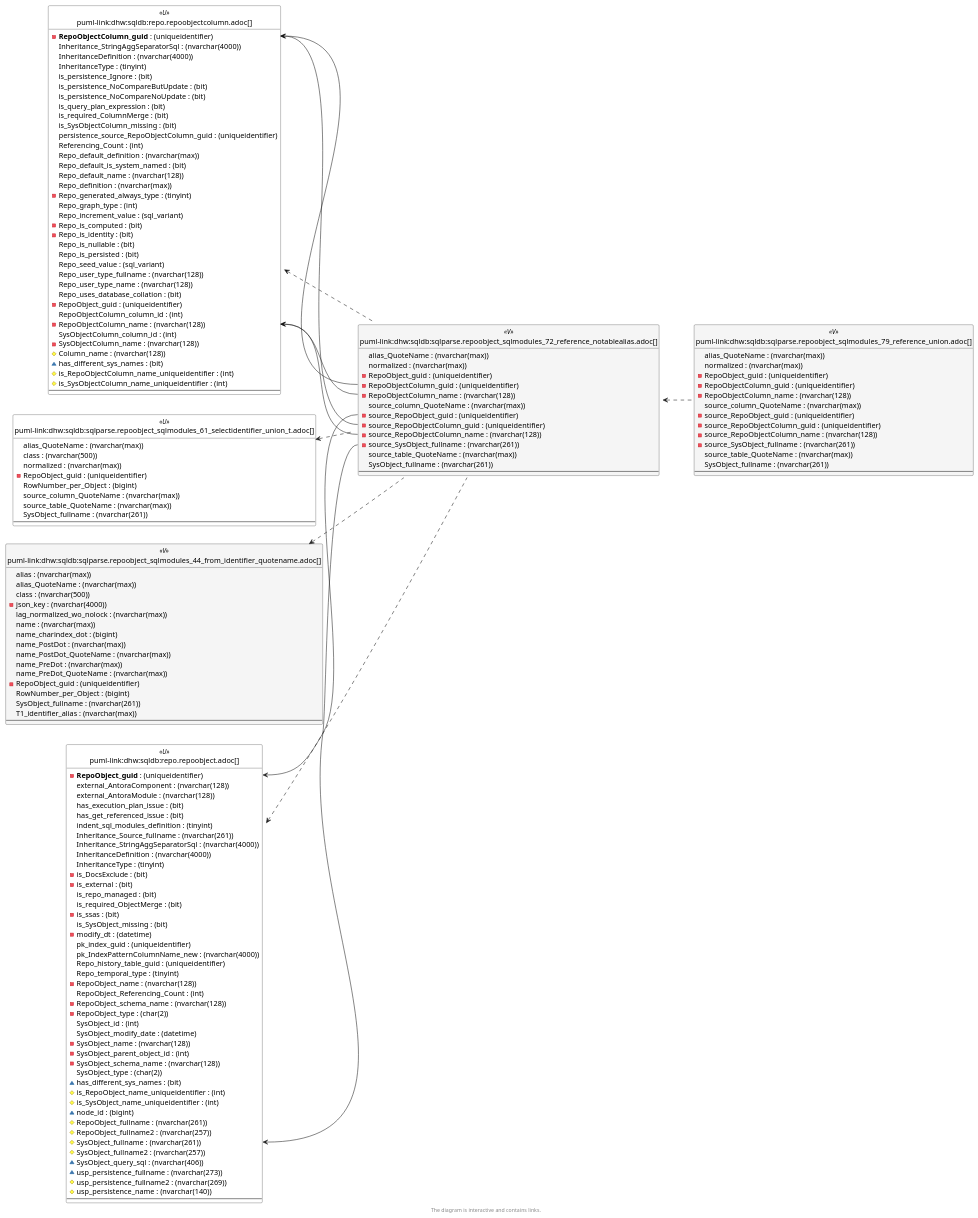
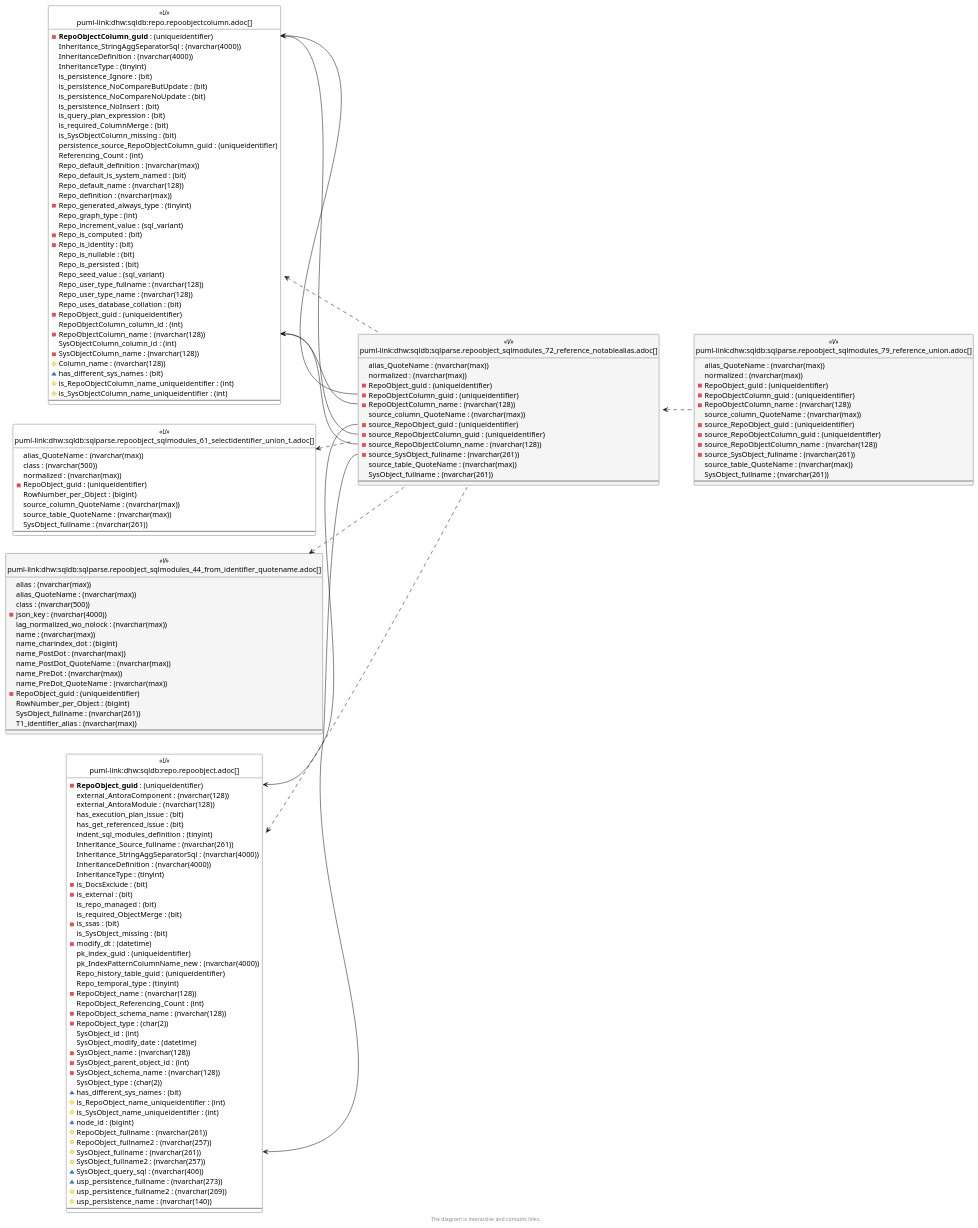
Before and after one commit to DataHandwerk/dhw-antora-sqldb: the sixth of 6 diagrams in docs/modules/sqldb/partials/content/sqlparse.repoobject_sqlmodules_72_reference_notablealias.adoc, drawn with PlantUML. The commit also changed other lines of this file and 701 other files, not shown here.

```diff
--- a/docs/modules/sqldb/partials/content/sqlparse.repoobject_sqlmodules_72_reference_notablealias.adoc
+++ b/docs/modules/sqldb/partials/content/sqlparse.repoobject_sqlmodules_72_reference_notablealias.adoc
@@ -2043,6 +2061,7 @@
   is_persistence_Ignore : (bit)
   is_persistence_NoCompareButUpdate : (bit)
   is_persistence_NoCompareNoUpdate : (bit)
+  is_persistence_NoInsert : (bit)
   is_query_plan_expression : (bit)
   is_required_ColumnMerge : (bit)
   is_SysObjectColumn_missing : (bit)
@@ -2145,8 +2164,8 @@
 sqlparse.RepoObject_SqlModules_72_reference_NoTableAlias <.. sqlparse.RepoObject_SqlModules_79_reference_union
 "repo.RepoObject::RepoObject_guid" <-- "sqlparse.RepoObject_SqlModules_72_reference_NoTableAlias::source_RepoObject_guid"
 "repo.RepoObject::SysObject_fullname" <-- "sqlparse.RepoObject_SqlModules_72_reference_NoTableAlias::source_SysObject_fullname"
+"repo.RepoObjectColumn::RepoObjectColumn_guid" <-- "sqlparse.RepoObject_SqlModules_72_reference_NoTableAlias::RepoObjectColumn_guid"
 "repo.RepoObjectColumn::RepoObjectColumn_guid" <-- "sqlparse.RepoObject_SqlModules_72_reference_NoTableAlias::source_RepoObjectColumn_guid"
-"repo.RepoObjectColumn::RepoObjectColumn_guid" <-- "sqlparse.RepoObject_SqlModules_72_reference_NoTableAlias::RepoObjectColumn_guid"
 "repo.RepoObjectColumn::RepoObjectColumn_name" <-- "sqlparse.RepoObject_SqlModules_72_reference_NoTableAlias::RepoObjectColumn_name"
 "repo.RepoObjectColumn::RepoObjectColumn_name" <-- "sqlparse.RepoObject_SqlModules_72_reference_NoTableAlias::source_RepoObjectColumn_name"
 
```
